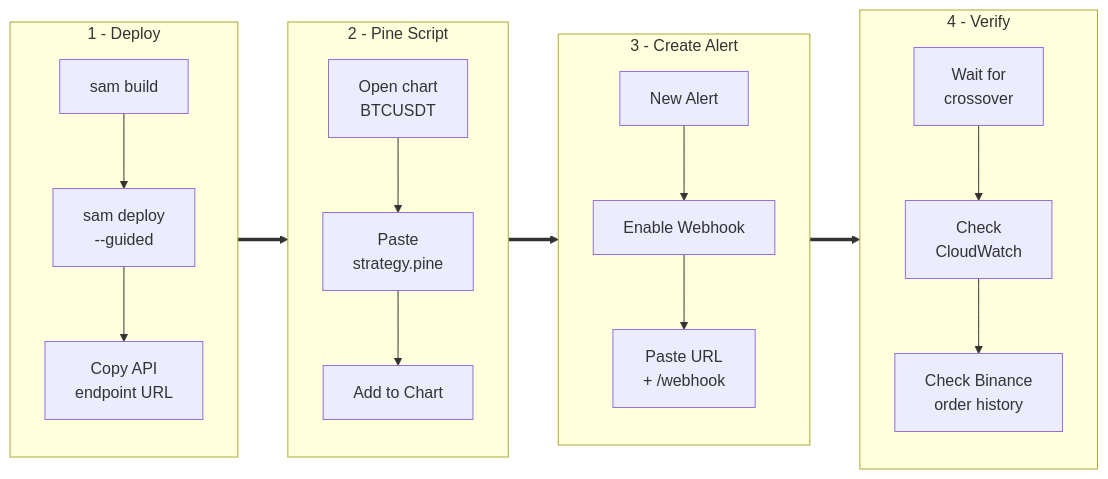
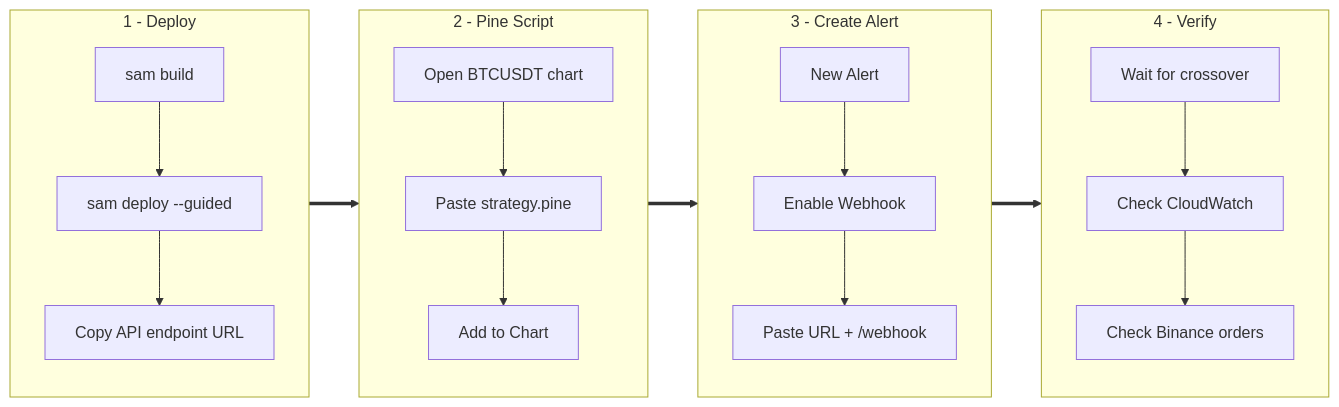
The third of 3 diagrams in docs/ARCHITECTURE.md (frame-set-hub/trading-bot-poc), drawn with Mermaid before and after one commit. The commit also changed other lines of this file, not shown here.

Commit message:
docs: Update Mermaid diagram labels for improved readability and conciseness.

````diff
--- a/docs/ARCHITECTURE.md
+++ b/docs/ARCHITECTURE.md
@@ -91,24 +91,24 @@
 ```mermaid
 flowchart LR
     subgraph S1 ["1 - Deploy"]
-        A1["sam build"] --> A2["sam deploy\n--guided"]
-        A2 --> A3["Copy API\nendpoint URL"]
+        A1["sam build"] --> A2["sam deploy --guided"]
+        A2 --> A3["Copy API endpoint URL"]
     end
 
     subgraph S2 ["2 - Pine Script"]
-        B1["Open chart\nBTCUSDT"] --> B2["Paste\nstrategy.pine"]
+        B1["Open BTCUSDT chart"] --> B2["Paste strategy.pine"]
         B2 --> B3["Add to Chart"]
     end
 
     subgraph S3 ["3 - Create Alert"]
         C1["New Alert"] --> C2["Enable Webhook"]
-        C2 --> C3["Paste URL\n+ /webhook"]
+        C2 --> C3["Paste URL + /webhook"]
     end
 
     subgraph S4 ["4 - Verify"]
-        D1["Wait for\ncrossover"] --> D2["Check\nCloudWatch"]
-        D2 --> D3["Check Binance\norder history"]
+        D1["Wait for crossover"] --> D2["Check CloudWatch"]
+        D2 --> D3["Check Binance orders"]
     end
 
     S1 ==> S2 ==> S3 ==> S4
 ```
````
